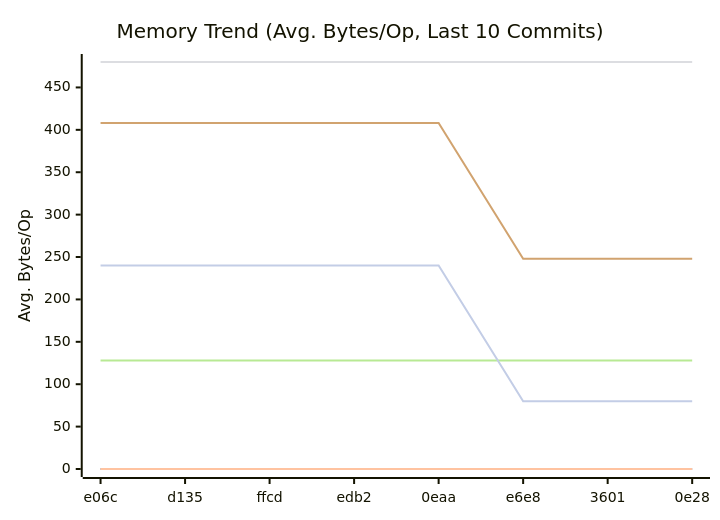
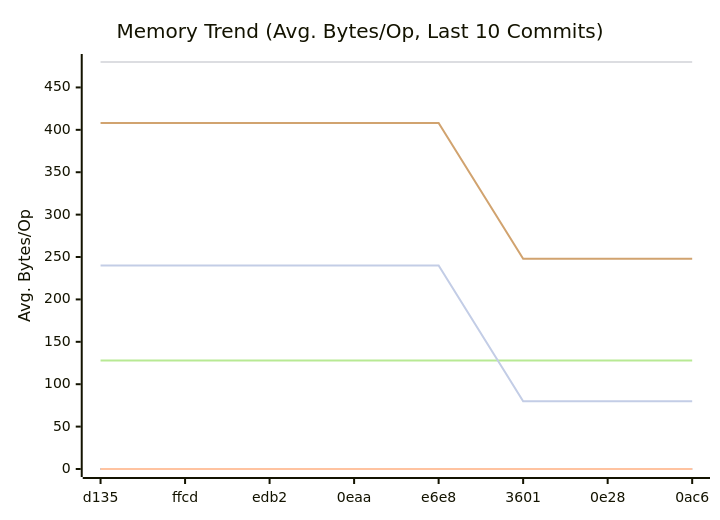
The second of 3 diagrams in docs/README.md (alsotoes/momo), drawn with Mermaid before and after one commit. The commit also changed other lines of this file and 1 other file, not shown here.

````diff
--- a/docs/README.md
+++ b/docs/README.md
@@ -318,14 +318,14 @@
 ```mermaid
 xychart-beta
     title "Memory Trend (Avg. Bytes/Op, Last 10 Commits)"
     x-axis "Commit"
     y-axis "Avg. Bytes/Op"
-    x-axis [e06c,d135,ffcd,edb2,0eaa,e6e8,3601,0e28]
+    x-axis [d135,ffcd,edb2,0eaa,e6e8,3601,0e28,0ac6]
     line "CheckMetricsAndSwap" [0,0,0,0,0,0,0,0,0,0]
     line "IndexDirectTracking" [0,0,0,0,0,0,0,0,0,0]
     line "IndexSearch" [0,0,0,0,0,0,0,0,0,0]
     line "LoadGlobalConfig" [480,480,480,480,480,480,480,480,480,480]
     line "PadString" [128,128,128,128,128,128,128,128,128,128]
     line "ParseReplicationOrder_NoPrealloc" [408,408,408,408,408,248,248,248,248,248]
     line "ParseReplicationOrder_Prealloc" [240,240,240,240,240,80,80,80,80,80]
 ```
````
